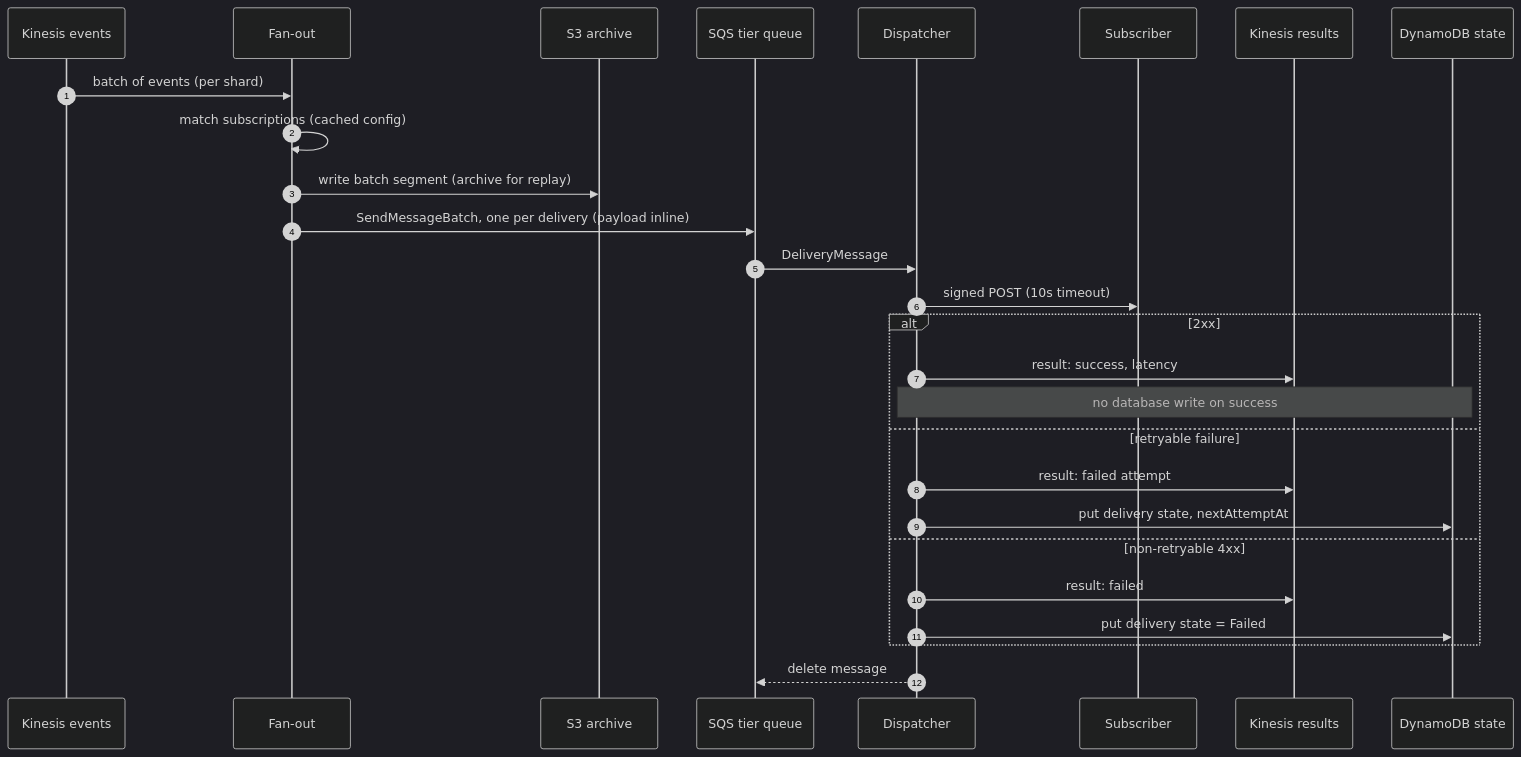
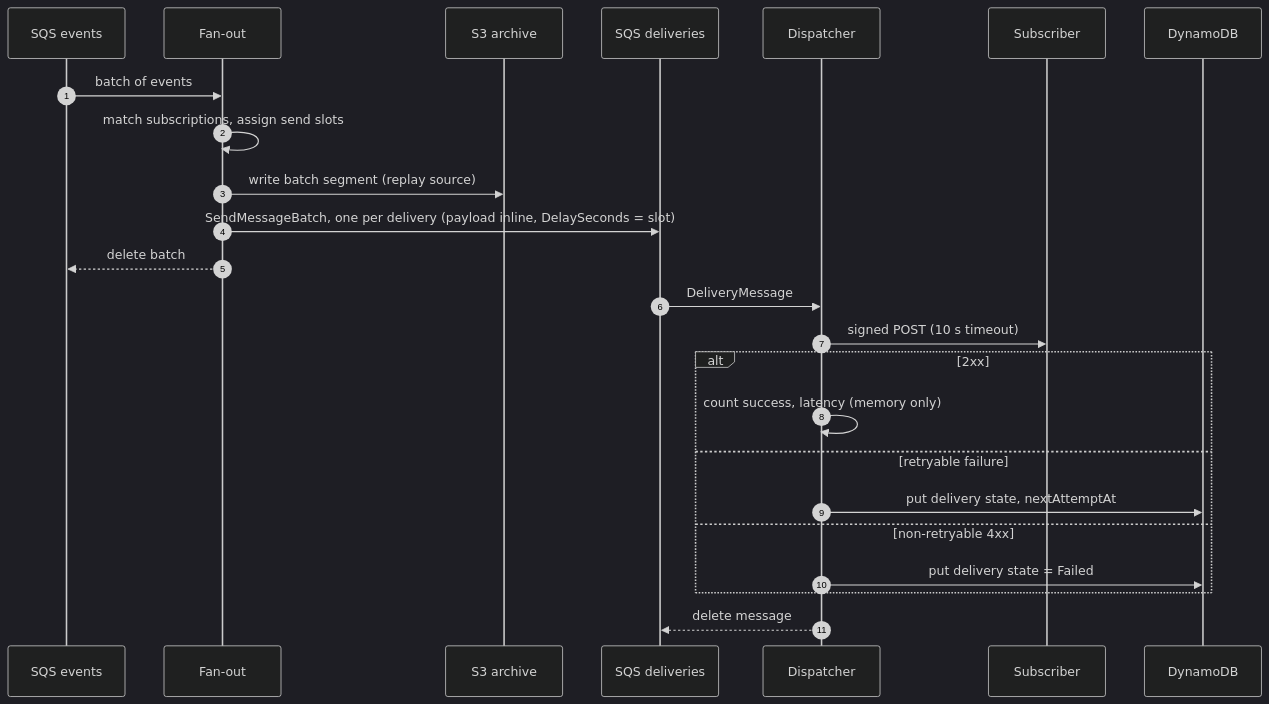
Before and after one commit to twobudgies/WebhookGateway: the third of 7 diagrams in docs/architecture.md, drawn with Mermaid (dark theme). The commit also changed other lines of this file and 6 other files, not shown here.

Commit message:
docs: architecture v4 - cost-first Stage 1 on SQS (no Kinesis), cost model

````diff
--- a/docs/architecture.md
+++ b/docs/architecture.md
@@ -115,29 +118,26 @@
 ```mermaid
 sequenceDiagram
   autonumber
-  participant K as Kinesis events
+  participant QE as SQS events
   participant F as Fan-out
   participant S3 as S3 archive
-  participant Q as SQS tier queue
+  participant Q as SQS deliveries
   participant D as Dispatcher
   participant S as Subscriber
-  participant R as Kinesis results
-  participant DB as DynamoDB state
-  K->>F: batch of events (per shard)
-  F->>F: match subscriptions (cached config)
-  F->>S3: write batch segment (archive for replay)
-  F->>Q: SendMessageBatch, one per delivery (payload inline)
+  participant DB as DynamoDB
+  QE->>F: batch of events
+  F->>F: match subscriptions, assign send slots
+  F->>S3: write batch segment (replay source)
+  F->>Q: SendMessageBatch, one per delivery (payload inline, DelaySeconds = slot)
+  F-->>QE: delete batch
   Q->>D: DeliveryMessage
-  D->>S: signed POST (10s timeout)
+  D->>S: signed POST (10 s timeout)
   alt 2xx
-    D->>R: result: success, latency
-    Note over D,DB: no database write on success
+    D->>D: count success, latency (memory only)
   else retryable failure
-    D->>R: result: failed attempt
     D->>DB: put delivery state, nextAttemptAt
   else non-retryable 4xx
-    D->>R: result: failed
     D->>DB: put delivery state = Failed
   end
   D-->>Q: delete message
 ```
````
